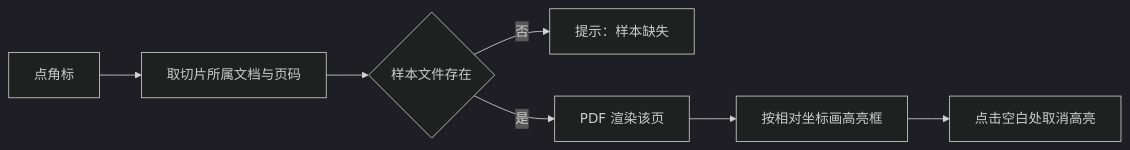
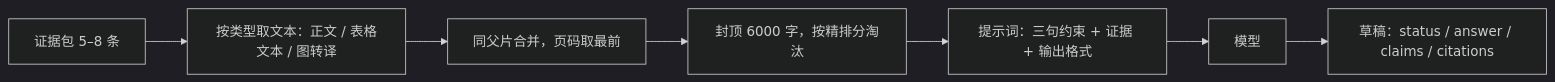
Diagram 12 of 15 in 详细设计.md (kvchen95/ai-rag), drawn with Mermaid (dark theme) before and after one commit. The commit also changed other lines of this file, not shown here.

Commit message:
docs: 重写详细设计文档，按架构图集与概要设计细化

````diff
--- a/详细设计.md
+++ b/详细设计.md
@@ -470,9 +639,9 @@
 ```mermaid
 flowchart LR
-    A["点角标"] --> B["取切片所属文档与页码"]
-    B --> C{"样本文件存在"}
-    C -- 否 --> X["提示：样本缺失"]
-    C -- 是 --> D["PDF 渲染该页"]
-    D --> E["按相对坐标画高亮框"]
-    E --> F["点击空白处取消高亮"]
+    E["证据包 5–8 条"] --> T["按类型取文本：正文 / 表格文本 / 图转译"]
+    T --> M["同父片合并，页码取最前"]
+    M --> C["封顶 6000 字，按精排分淘汰"]
+    C --> P["提示词：三句约束 + 证据 + 输出格式"]
+    P --> L["模型"]
+    L --> D["草稿：status / answer / claims / citations"]
 ```
````
